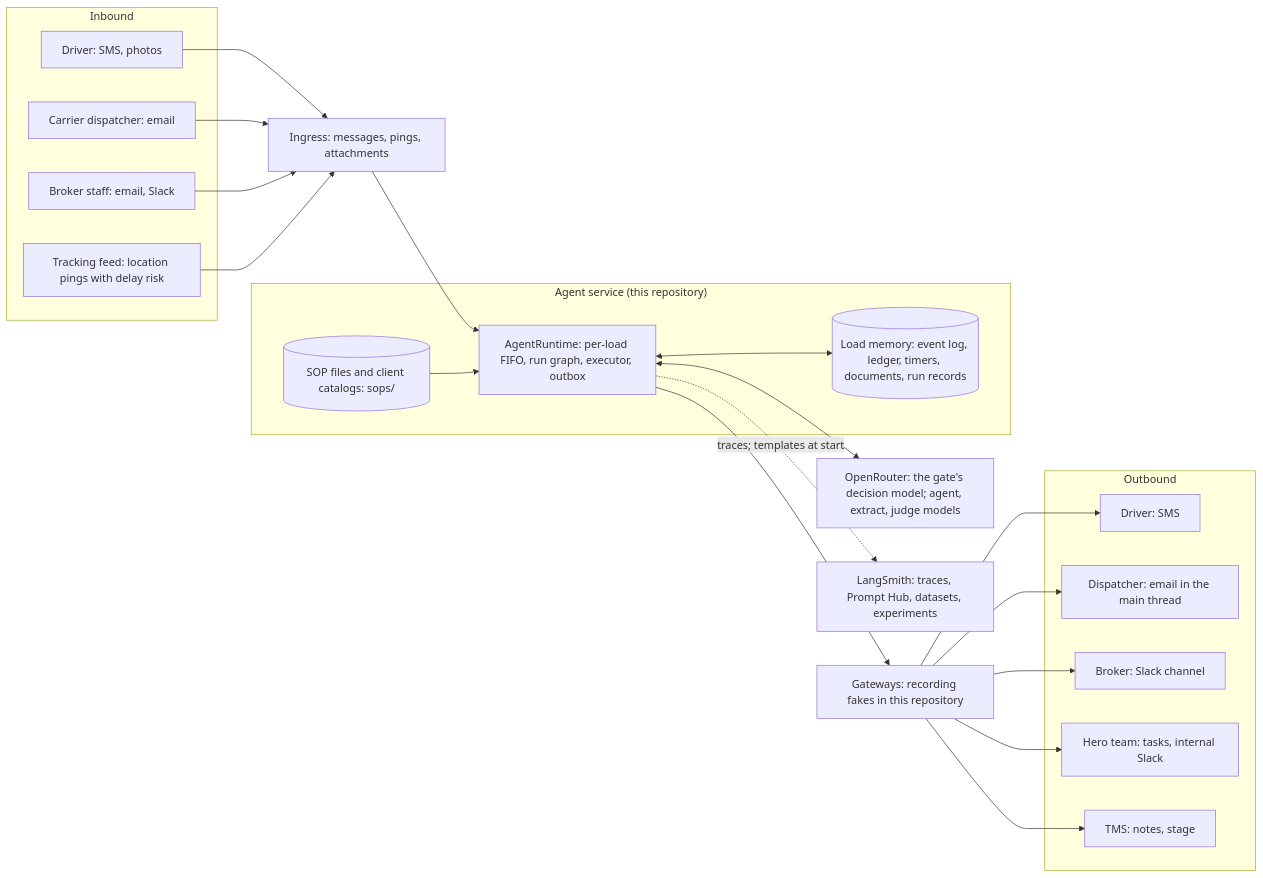
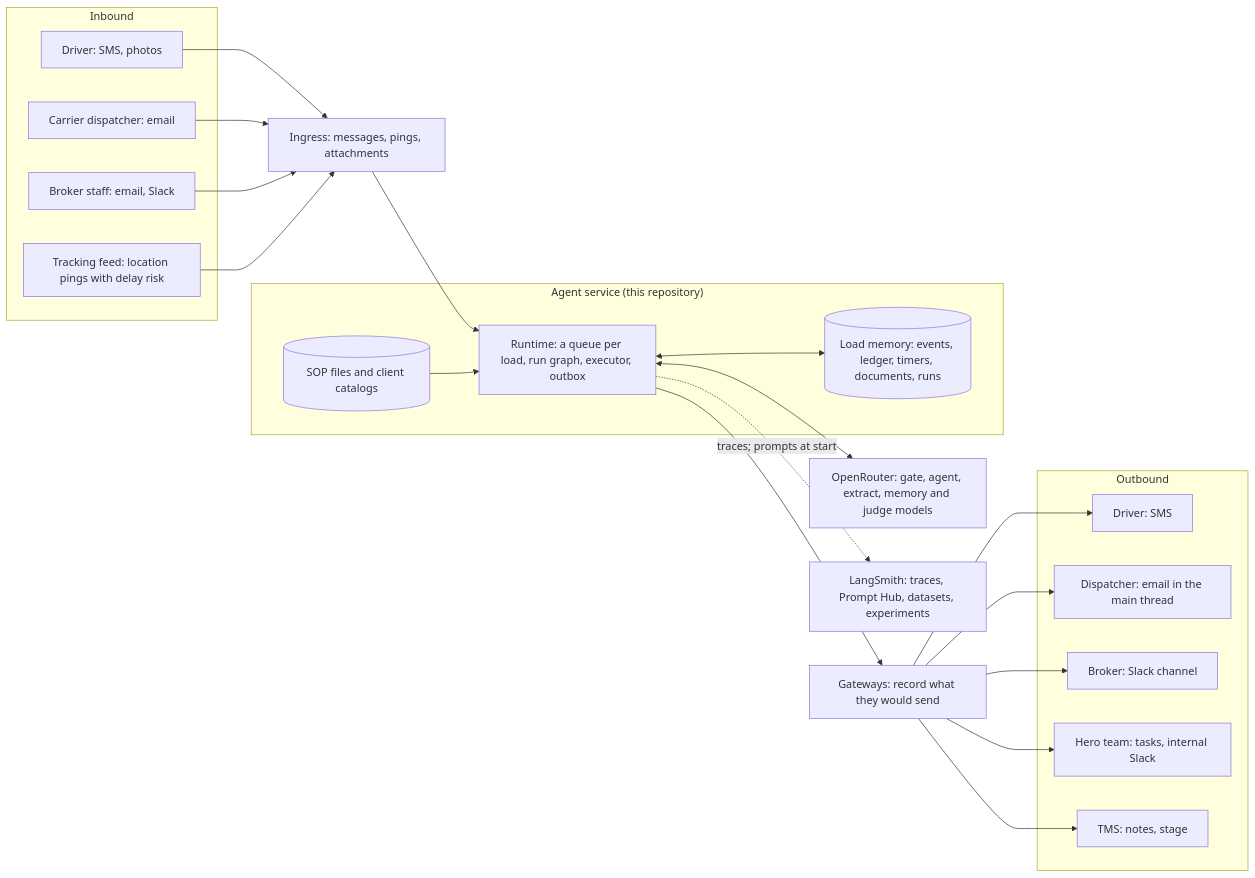
Before and after one commit to pedrocwb/freight-hero-assessment: the first of 11 diagrams in docs/architecture.md, drawn with Mermaid. The commit also changed other lines of this file and 1 other file, not shown here.

First line of the commit message:
Rewrite the answers and the architecture in plain language

````diff
--- a/docs/architecture.md
+++ b/docs/architecture.md
@@ -23,46 +25,46 @@
 ```mermaid
 flowchart LR
   subgraph inbound["Inbound"]
     driverIn["Driver: SMS, photos"]
     dispatcherIn["Carrier dispatcher: email"]
     brokerIn["Broker staff: email, Slack"]
     tracking["Tracking feed: location pings with delay risk"]
   end
 
   ingress["Ingress: messages, pings, attachments"]
 
   subgraph service["Agent service (this repository)"]
-    runtime["AgentRuntime: per-load FIFO, run graph, executor, outbox"]
-    memory[("Load memory: event log, ledger, timers, documents, run records")]
-    sops[("SOP files and client catalogs: sops/")]
+    runtime["Runtime: a queue per load, run graph, executor, outbox"]
+    memory[("Load memory: events, ledger, timers, documents, runs")]
+    sops[("SOP files and client catalogs")]
   end
 
-  gateways["Gateways: recording fakes in this repository"]
+  gateways["Gateways: record what they would send"]
 
   subgraph outbound["Outbound"]
     driverOut["Driver: SMS"]
     dispatcherOut["Dispatcher: email in the main thread"]
     brokerOut["Broker: Slack channel"]
     hero["Hero team: tasks, internal Slack"]
     tms["TMS: notes, stage"]
   end
 
-  openrouter["OpenRouter: the gate's decision model; agent, extract, judge models"]
+  openrouter["OpenRouter: gate, agent, extract, memory and judge models"]
   langsmith["LangSmith: traces, Prompt Hub, datasets, experiments"]
 
   driverIn --> ingress
   dispatcherIn --> ingress
   brokerIn --> ingress
   tracking --> ingress
   ingress --> runtime
   runtime <--> memory
   sops --> runtime
   runtime --> gateways
   gateways --> driverOut
   gateways --> dispatcherOut
   gateways --> brokerOut
   gateways --> hero
   gateways --> tms
   runtime <--> openrouter
-  runtime -. "traces; templates at start" .-> langsmith
+  runtime -. "traces; prompts at start" .-> langsmith
 ```
````
